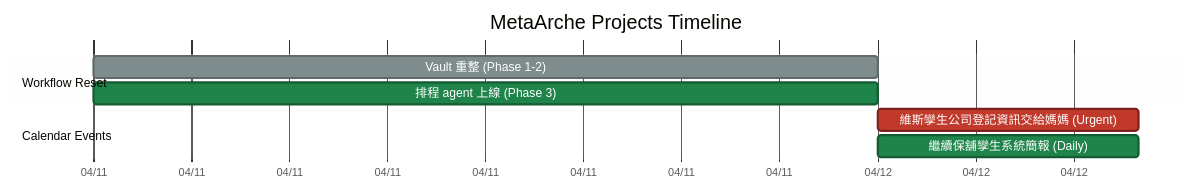
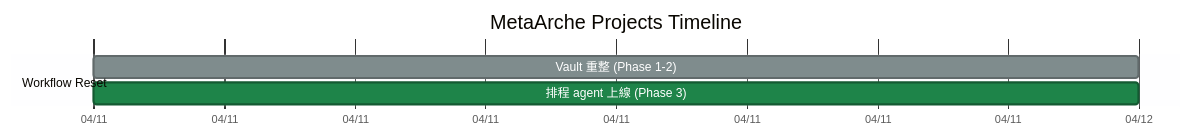
One commit to VistwinDev/VistwinDev.github.io changed the diagram in content/01 Projects/Projects Dashboard.md. Above: the diagram before and after it, drawn with Mermaid. The commit also changed other lines of this file and 68 other files, not shown here.

````diff
--- a/content/01 Projects/Projects Dashboard.md
+++ b/content/01 Projects/Projects Dashboard.md
@@ -24,33 +24,32 @@
 ```mermaid
 %%{init: {'theme': 'base', 'themeVariables': {
   'taskBkgColor': '#fad165',
   'taskBorderColor': '#c9a830',
   'activeTaskBkgColor': '#1e8449',
   'activeTaskBorderColor': '#145a32',
   'critBkgColor': '#c0392b',
   'critBorderColor': '#7b241c',
   'doneTaskBkgColor': '#7f8c8d',
   'doneTaskBorderColor': '#616a6b',
   'taskTextColor': '#fff',
   'taskTextDarkColor': '#fff',
   'taskTextOutsideColor': '#333',
   'todayLineColor': '#e74c3c'
 }}}%%
 gantt
     title MetaArche Projects Timeline
     dateFormat  YYYY-MM-DD
     axisFormat  %m/%d
 
     %% === 手動區:使用者自己加的里程碑 === %%
     section Workflow Reset
     Vault 重整 (Phase 1-2)   :done,    wf1, 2026-04-11, 1d
     排程 agent 上線 (Phase 3) :active,  wf2, 2026-04-11, 1d
 
     %% === AUTO-SYNC 區:agent 從 gcal 拉的事件會放這裡 === %%
     %% AUTO-SYNC START %%
-    section Calendar Events
-    維斯孿生公司登記資訊交給媽媽 (Urgent) :crit,   cal1, 2026-04-12, 8h
-    繼續保舖孿生系統簡報 (Daily)         :active, cal2, 2026-04-12, 8h
-    %% 本週 (04-13 ~ 04-19) 目前尚無 calendar 事件 %%
+    section Calendar Events (04-14)
+    %% ⚠️ Google Calendar 連線需要重新認證，無法取得今日事件 %%
+    %% 上次成功同步: 2026-04-13 %%
     %% AUTO-SYNC END %%
 ```
````
